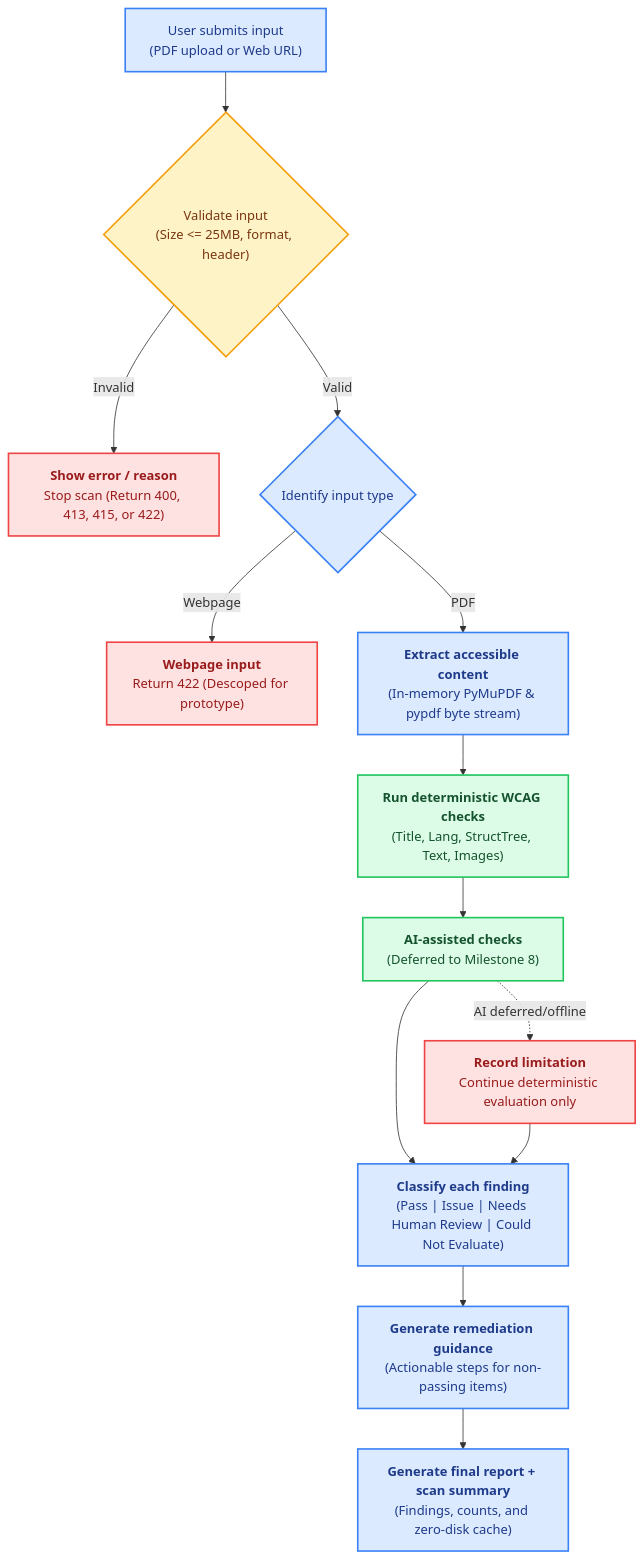
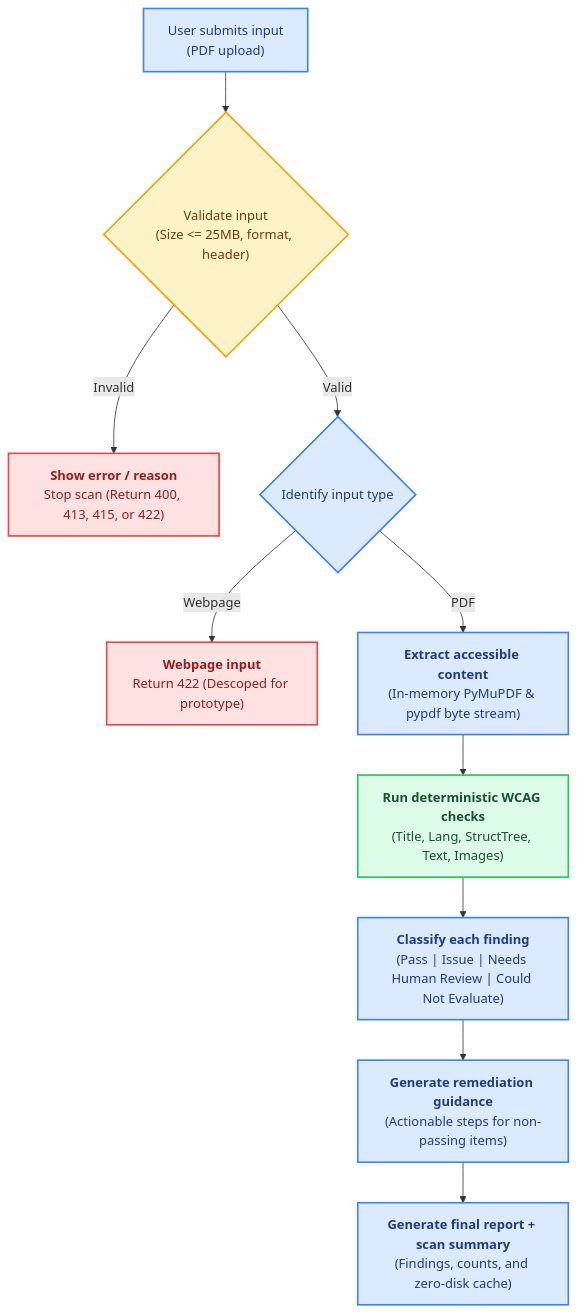
Before and after one commit to ibrahimdiallo8741/ada-pdf-accessibility-checker: the second of 4 diagrams in docs/diagrams/README.md, drawn with Mermaid. The commit also changed other lines of this file and 1 other file, not shown here.

Commit message:
add diagram updater

````diff
--- a/docs/diagrams/README.md
+++ b/docs/diagrams/README.md
@@ -77,38 +82,33 @@
 ```mermaid
 flowchart TD
-    Start["User submits input<br/>(PDF upload or Web URL)"]
+    Start["User submits input<br/>(PDF upload)"]
     ValCheck{"Validate input<br/>(Size <= 25MB, format, header)"}
     ErrStop["<b>Show error / reason</b><br/>Stop scan (Return 400, 413, 415, or 422)"]
     TypeCheck{"Identify input type"}
     WebBranch["<b>Webpage input</b><br/>Return 422 (Descoped for prototype)"]
     Extract["<b>Extract accessible content</b><br/>(In-memory PyMuPDF & pypdf byte stream)"]
     RunRules["<b>Run deterministic WCAG checks</b><br/>(Title, Lang, StructTree, Text, Images)"]
-    RunAI["<b>AI-assisted checks</b><br/>(Deferred to Milestone 8)"]
-    AIFallback["<b>Record limitation</b><br/>Continue deterministic evaluation only"]
     Classify["<b>Classify each finding</b><br/>(Pass | Issue | Needs Human Review | Could Not Evaluate)"]
     Remed["<b>Generate remediation guidance</b><br/>(Actionable steps for non-passing items)"]
     GenReport["<b>Generate final report + scan summary</b><br/>(Findings, counts, and zero-disk cache)"]
 
     Start --> ValCheck
     ValCheck -->|Invalid| ErrStop
     ValCheck -->|Valid| TypeCheck
     TypeCheck -->|Webpage| WebBranch
     TypeCheck -->|PDF| Extract
     Extract --> RunRules
-    RunRules --> RunAI
-    RunAI -.->|AI deferred/offline| AIFallback
-    RunAI --> Classify
-    AIFallback --> Classify
+    RunRules --> Classify
     Classify --> Remed
     Remed --> GenReport
 
     classDef blueBox fill:#dbeafe,stroke:#3b82f6,stroke-width:2px,color:#1e3a8a;
     classDef yellowCond fill:#fef3c7,stroke:#f59e0b,stroke-width:2px,color:#78350f;
     classDef redStop fill:#fee2e2,stroke:#ef4444,stroke-width:2px,color:#991b1b;
     classDef greenStep fill:#dcfce7,stroke:#22c55e,stroke-width:2px,color:#14532d;
 
     class Start,TypeCheck,Extract,Classify,Remed,GenReport blueBox;
     class ValCheck yellowCond;
     class ErrStop,WebBranch,AIFallback redStop;
     class RunRules,RunAI greenStep;
 ```
````
